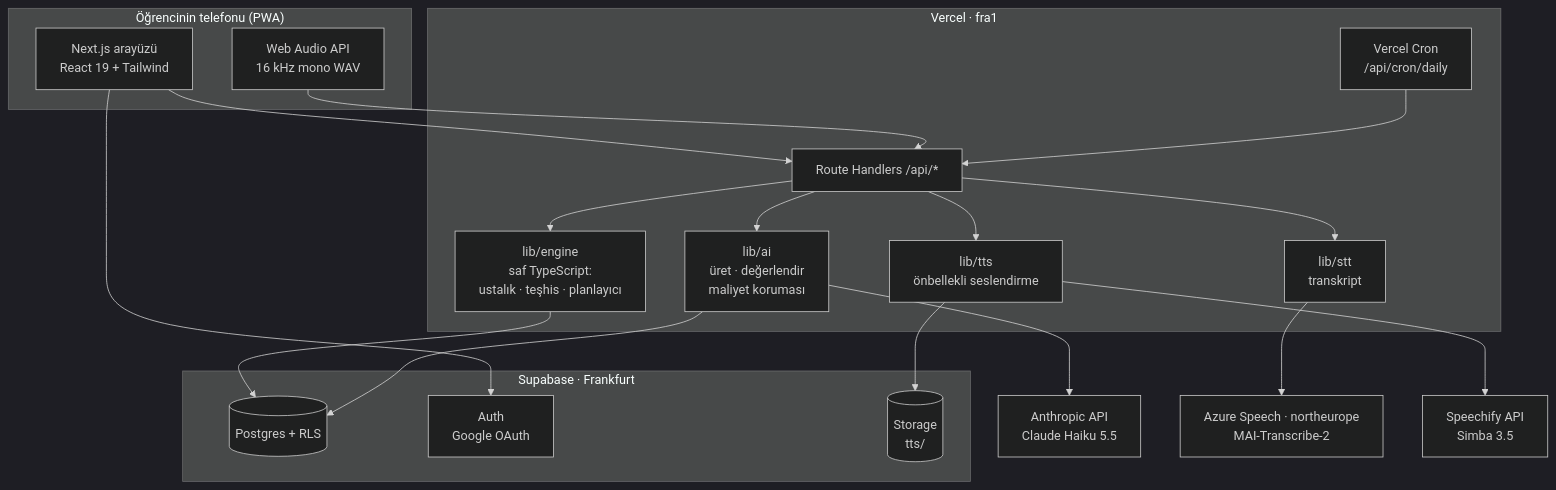
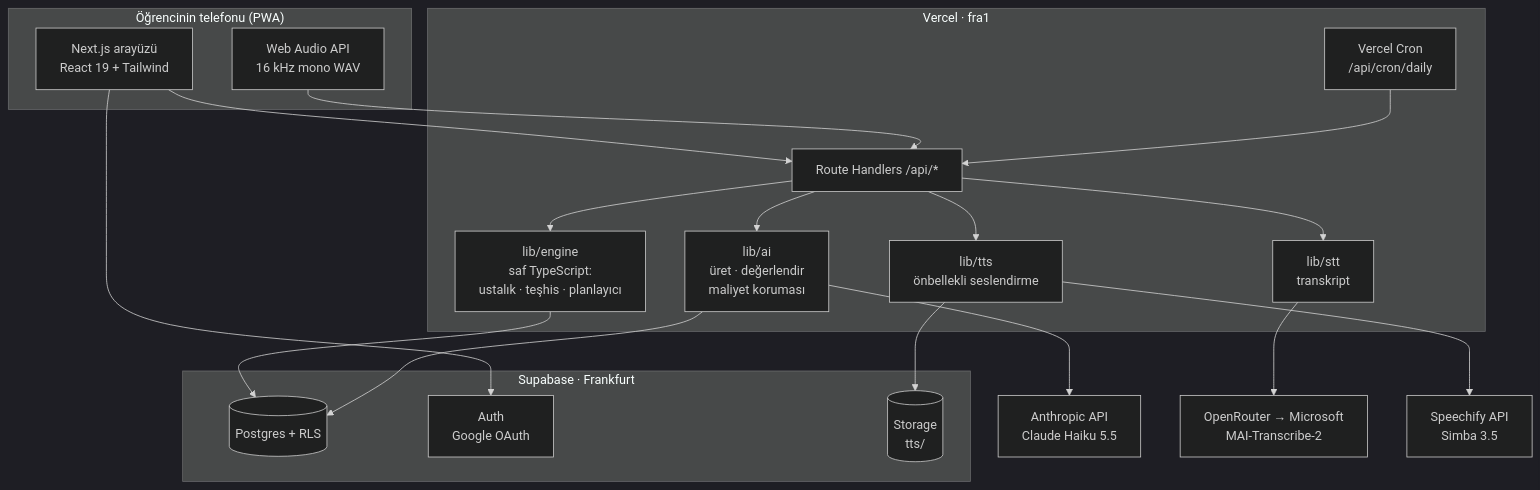
Before and after one commit to Emirucgun/bibo: the diagram in docs/SPEC.md, drawn with Mermaid (dark theme). The commit also changed other lines of this file and 3 other files, not shown here.

First line of the commit message:
docs: sync SCOPE/ROADMAP marks with evidence; transcription via OpenRouter

````diff
--- a/docs/SPEC.md
+++ b/docs/SPEC.md
@@ -62,41 +62,41 @@
 ```mermaid
 flowchart TB
   subgraph Cihaz["Öğrencinin telefonu (PWA)"]
     UI[Next.js arayüzü<br/>React 19 + Tailwind]
     MIC[Web Audio API<br/>16 kHz mono WAV]
   end
 
   subgraph Vercel["Vercel · fra1"]
     RH[Route Handlers /api/*]
     ENG[lib/engine<br/>saf TypeScript:<br/>ustalık · teşhis · planlayıcı]
     AI[lib/ai<br/>üret · değerlendir<br/>maliyet koruması]
     STT[lib/stt<br/>transkript]
     TTSL[lib/tts<br/>önbellekli seslendirme]
     CRON[Vercel Cron<br/>/api/cron/daily]
   end
 
   subgraph Supabase["Supabase · Frankfurt"]
     PG[(Postgres + RLS)]
     AUTH[Auth<br/>Google OAuth]
     ST[(Storage<br/>tts/)]
   end
 
   CLA[Anthropic API<br/>Claude Haiku 5.5]
-  AZ[Azure Speech · northeurope<br/>MAI-Transcribe-2]
+  AZ[OpenRouter → Microsoft<br/>MAI-Transcribe-2]
   SPF[Speechify API<br/>Simba 3.5]
 
   UI --> RH
   MIC --> RH
   RH --> ENG
   RH --> AI
   RH --> STT
   RH --> TTSL
   ENG --> PG
   AI --> CLA
   AI --> PG
   STT --> AZ
   TTSL --> SPF
   TTSL --> ST
   UI --> AUTH
   CRON --> RH
 ```
````
